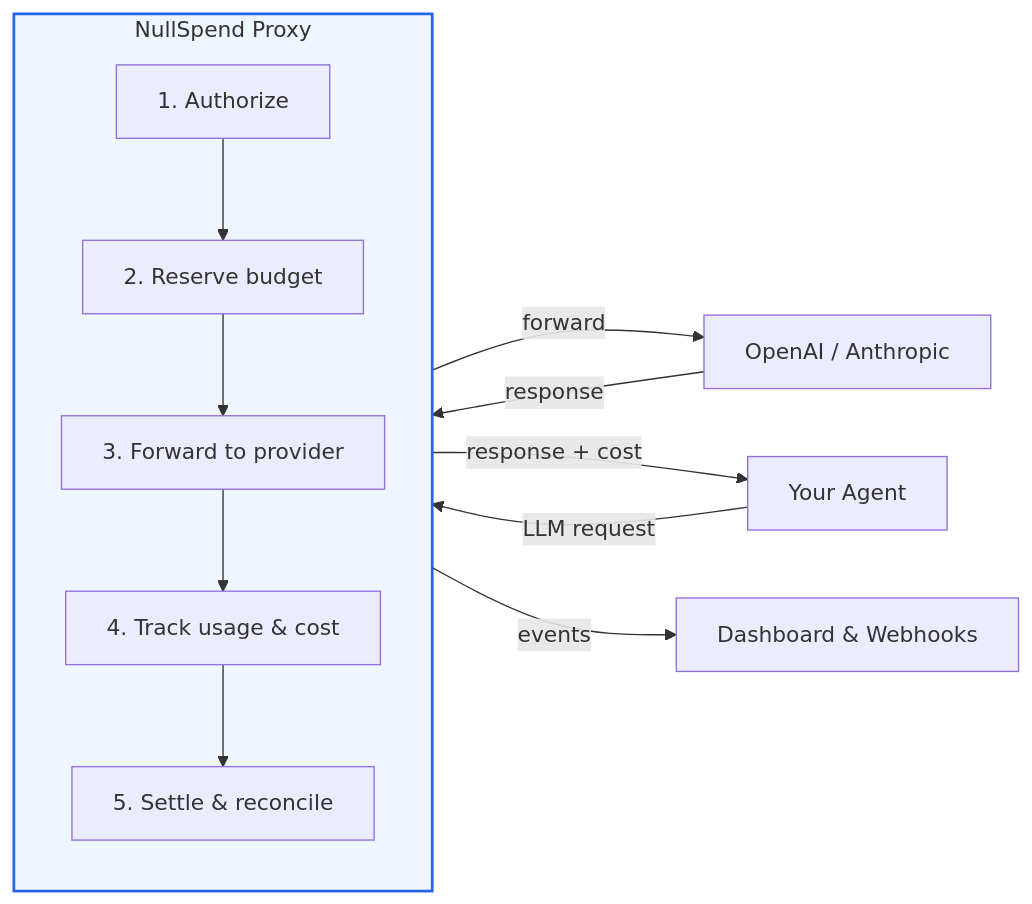
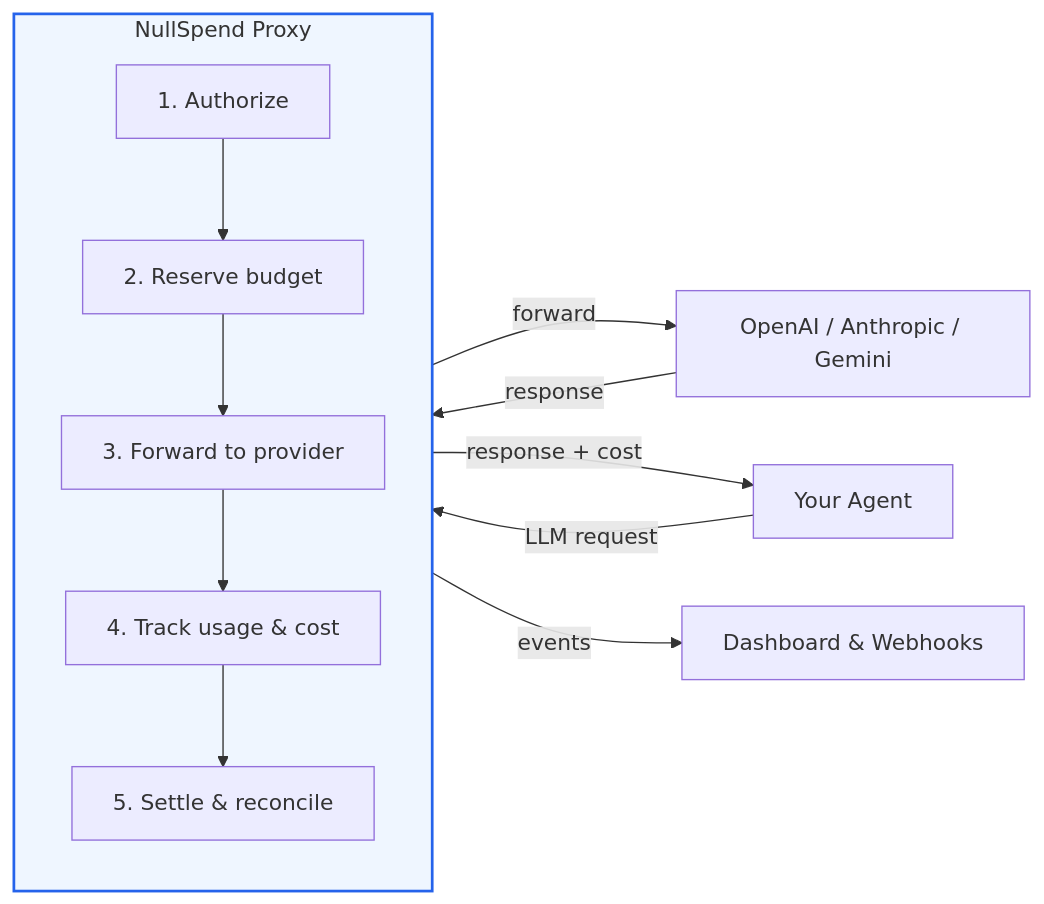
One commit to NullSpend/nullspend changed the first of 2 diagrams in README.md. Above: the diagram before and after it, drawn with Mermaid. The commit also changed other lines of this file and 126 other files, not shown here.

````diff
--- a/README.md
+++ b/README.md
@@ -170,18 +178,18 @@
 ```mermaid
 flowchart LR
     A["Your Agent"] -->|LLM request| B["NullSpend Proxy"]
-    B -->|forward| C["OpenAI / Anthropic"]
+    B -->|forward| C["OpenAI / Anthropic / Gemini"]
     C -->|response| B
     B -->|response + cost| A
     B -->|events| D["Dashboard & Webhooks"]
 
     subgraph B["NullSpend Proxy"]
         direction TB
         B1["1. Authorize"] --> B2["2. Reserve budget"]
         B2 --> B3["3. Forward to provider"]
         B3 --> B4["4. Track usage & cost"]
         B4 --> B5["5. Settle & reconcile"]
     end
 
     style B fill:#eff6ff,stroke:#2563eb,stroke-width:2px
 ```
````
